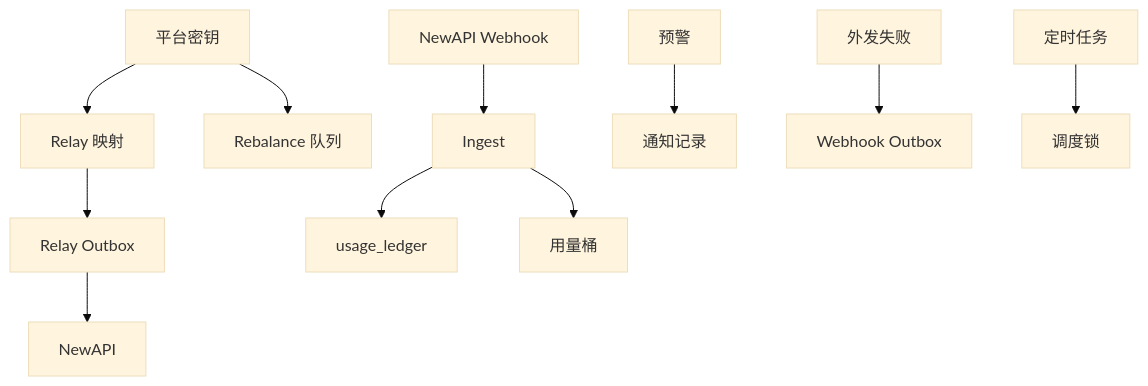
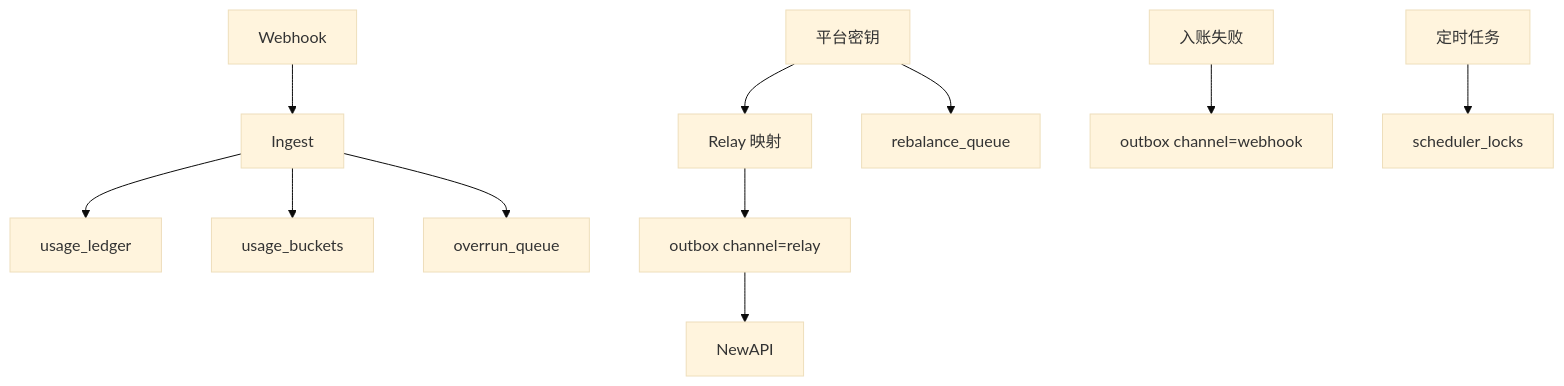
Before and after one commit to quyip8818/mytokenjoy: the ninth of 10 diagrams in docs/Backend-存储架构.md, drawn with Mermaid (base theme). The commit also changed other lines of this file and 132 other files, not shown here.

````diff
--- a/docs/Backend-存储架构.md
+++ b/docs/Backend-存储架构.md
@@ -332,16 +206,15 @@
 ```mermaid
 flowchart TB
   PLK[平台密钥] --> RM[Relay 映射]
-  RM --> RO[Relay Outbox]
-  RO --> NA[NewAPI]
+  RM --> OB[outbox channel=relay]
+  OB --> NA[NewAPI]
 
-  WH[NewAPI Webhook] --> ING[Ingest]
+  WH[Webhook] --> ING[Ingest]
   ING --> UL[usage_ledger]
-  ING --> UB[用量桶]
+  ING --> UB[usage_buckets]
+  FAIL[入账失败] --> OB2[outbox channel=webhook]
 
-  PLK --> RQ[Rebalance 队列]
-  AR[预警] --> NL[通知记录]
-  FAIL[外发失败] --> WO[Webhook Outbox]
-
-  SCH[定时任务] --> LOCK[调度锁]
+  PLK --> RQ[rebalance_queue]
+  ING --> OQ[overrun_queue]
+  SCH[定时任务] --> LOCK[scheduler_locks]
 ```
````
